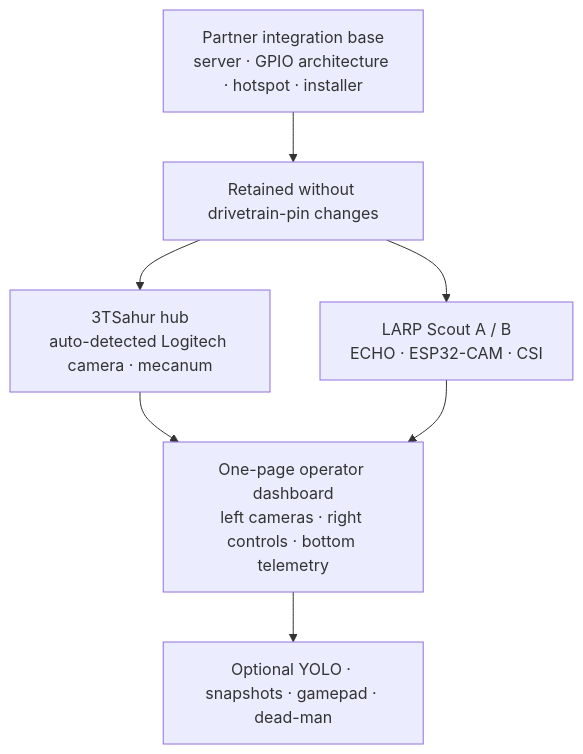
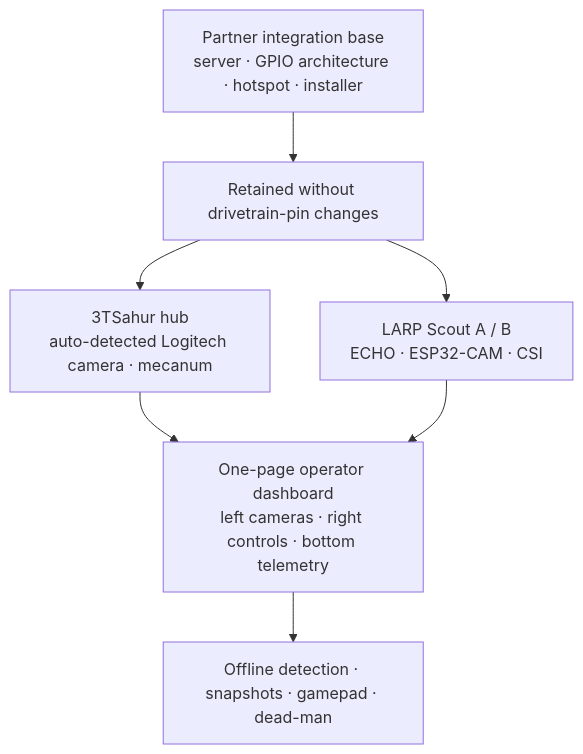
The third of 4 diagrams in stem-research-academy/README.md (AloeVeraZ/CityTechClubProjects), drawn with Mermaid before and after one commit. The commit also changed other lines of this file and 14 other files, not shown here.

````diff
--- a/stem-research-academy/README.md
+++ b/stem-research-academy/README.md
@@ -144,9 +144,9 @@
 ```mermaid
 flowchart TB
     Base["Partner integration base\nserver · GPIO architecture · hotspot · installer"] --> Retained["Retained without drivetrain-pin changes"]
     Retained --> Hub["3TSahur hub\nauto-detected Logitech camera · mecanum"]
     Retained --> Scouts["LARP Scout A / B\nECHO · ESP32-CAM · CSI"]
     Hub --> Dashboard["One-page operator dashboard\nleft cameras · right controls · bottom telemetry"]
     Scouts --> Dashboard
-    Dashboard --> Optional["Optional YOLO · snapshots · gamepad · dead-man"]
+    Dashboard --> Optional["Offline detection · snapshots · gamepad · dead-man"]
 ```
````
